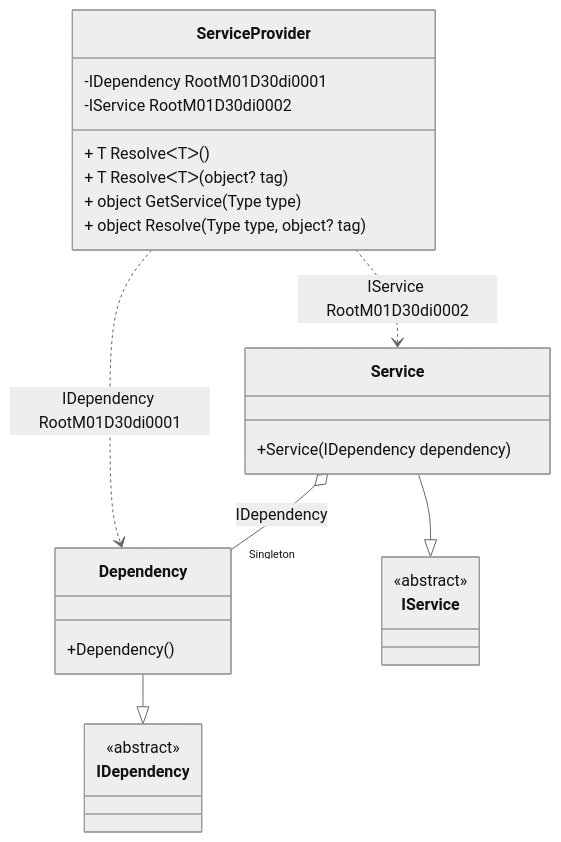
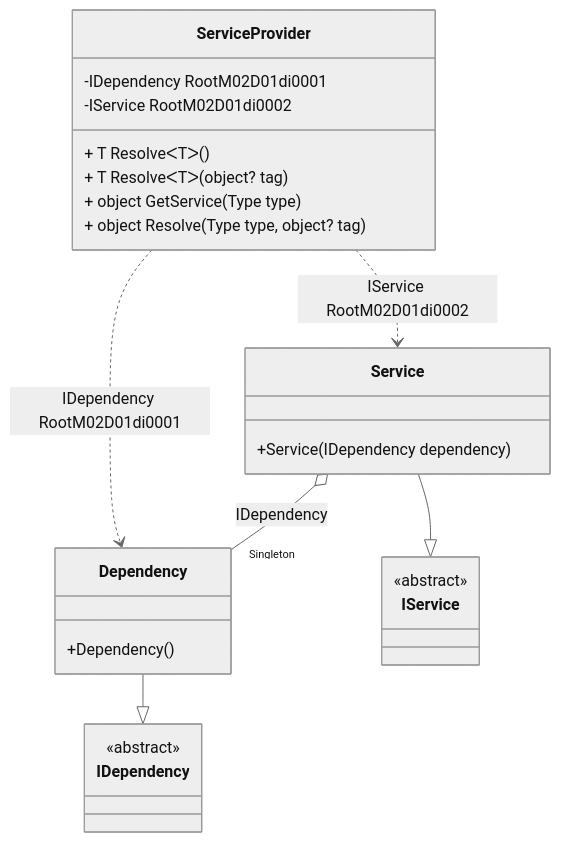
The diagram in readme/service-provider.md (DevTeam/Pure.DI), drawn with Mermaid (neutral theme) before and after one commit. The commit also changed other lines of this file and 80 other files, not shown here.

````diff
--- a/readme/service-provider.md
+++ b/readme/service-provider.md
@@ -46,28 +46,28 @@
 ```mermaid
 classDiagram
   class ServiceProvider {
-    -IDependency RootM01D30di0001
-    -IService RootM01D30di0002
+    -IDependency RootM02D01di0001
+    -IService RootM02D01di0002
     + T ResolveᐸTᐳ()
     + T ResolveᐸTᐳ(object? tag)
     + object GetService(Type type)
     + object Resolve(Type type, object? tag)
   }
   Dependency --|> IDependency : 
   class Dependency {
     +Dependency()
   }
   Service --|> IService : 
   class Service {
     +Service(IDependency dependency)
   }
   class IDependency {
     <<abstract>>
   }
   class IService {
     <<abstract>>
   }
   Service o--  "Singleton" Dependency : IDependency
-  ServiceProvider ..> Dependency : IDependency RootM01D30di0001
-  ServiceProvider ..> Service : IService RootM01D30di0002
+  ServiceProvider ..> Dependency : IDependency RootM02D01di0001
+  ServiceProvider ..> Service : IService RootM02D01di0002
 ```
````
